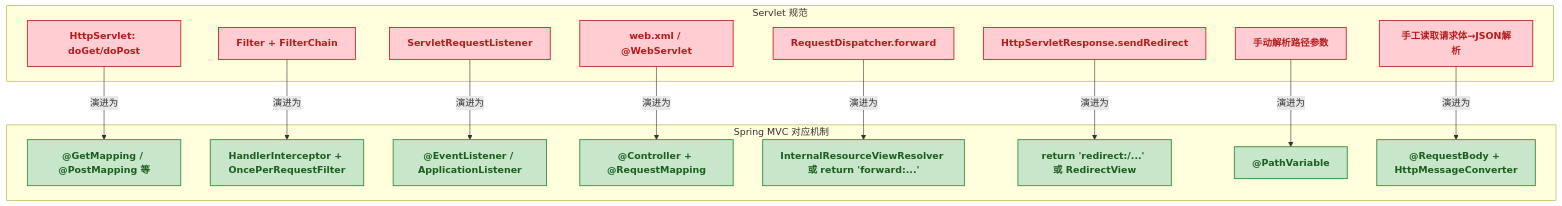
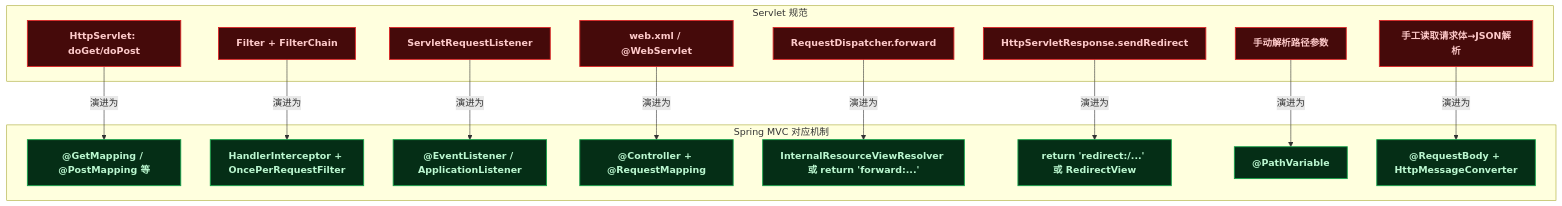
The fourth of 4 diagrams in content/posts/servlet/ServletProgrammingGuide.md (yaocat55/yaocat55.github.io), drawn with Mermaid before and after one commit. The commit also changed other lines of this file and 155 other files, not shown here.

````diff
--- a/content/posts/servlet/ServletProgrammingGuide.md
+++ b/content/posts/servlet/ServletProgrammingGuide.md
@@ -897,39 +897,39 @@
 ```mermaid
 flowchart TD
-    classDef servlet fill:#FFCDD2,stroke:#C62828,stroke-width:1.5px,color:#B71C1C,font-weight:bold;
-    classDef spring fill:#C8E6C9,stroke:#388E3C,stroke-width:1.5px,color:#1B5E20,font-weight:bold;
+classDef servlet fill:#450a0a,stroke:#dc2626,stroke-width:1.5px,color:#fecaca,font-weight:bold;
+classDef spring fill:#052e16,stroke:#16a34a,stroke-width:1.5px,color:#bbf7d0,font-weight:bold;
 
     subgraph SERVLET["Servlet 规范"]
         S1["HttpServlet: doGet/doPost"]
         S2["Filter + FilterChain"]
         S3["ServletRequestListener"]
         S4["web.xml / @WebServlet"]
         S5["RequestDispatcher.forward"]
         S6["HttpServletResponse.sendRedirect"]
         S7["手动解析路径参数"]
         S8["手工读取请求体→JSON解析"]
     end
 
     subgraph SPRING_MVC["Spring MVC 对应机制"]
         SM1["@GetMapping / @PostMapping 等"]
         SM2["HandlerInterceptor + OncePerRequestFilter"]
         SM3["@EventListener / ApplicationListener"]
         SM4["@Controller + @RequestMapping"]
         SM5["InternalResourceViewResolver 或 return 'forward:...' "]
         SM6["return 'redirect:/...' 或 RedirectView"]
         SM7["@PathVariable"]
         SM8["@RequestBody + HttpMessageConverter"]
     end
 
     S1 -->|演进为| SM1
     S2 -->|演进为| SM2
     S3 -->|演进为| SM3
     S4 -->|演进为| SM4
     S5 -->|演进为| SM5
     S6 -->|演进为| SM6
     S7 -->|演进为| SM7
     S8 -->|演进为| SM8
 
     class S1,S2,S3,S4,S5,S6,S7,S8 servlet;
     class SM1,SM2,SM3,SM4,SM5,SM6,SM7,SM8 spring;
 ```
````
